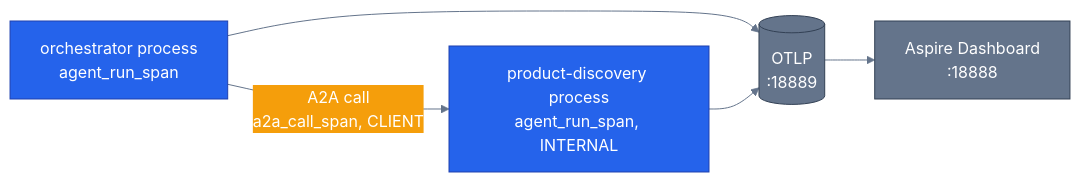
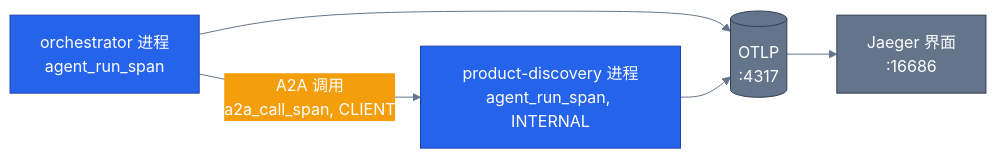
The diagram in docs/concepts/13-observability-and-cost.md (s1encisi/reliable-commerce-agents), drawn with Mermaid before and after one commit. The commit also changed other lines of this file and 1033 other files, not shown here.

````diff
--- a/docs/concepts/13-observability-and-cost.md
+++ b/docs/concepts/13-observability-and-cost.md
@@ -79,17 +66,17 @@
 ```mermaid
 %%{init: {'theme':'base', 'themeVariables': {
   'primaryColor': '#2563eb','primaryTextColor': '#ffffff','primaryBorderColor': '#1e40af',
   'lineColor': '#64748b','secondaryColor': '#f59e0b','tertiaryColor': '#10b981',
   'background': 'transparent'}}}%%
 flowchart LR
   classDef core  fill:#2563eb,stroke:#1e40af,color:#ffffff
   classDef infra fill:#64748b,stroke:#334155,color:#ffffff
 
-  orch["orchestrator process<br/>agent_run_span"] -->|A2A call<br/>a2a_call_span, CLIENT| spec["product-discovery process<br/>agent_run_span, INTERNAL"]
-  orch --> otlp[("OTLP<br/>:18889")]
+  orch["orchestrator 进程<br/>agent_run_span"] -->|A2A 调用<br/>a2a_call_span, CLIENT| spec["product-discovery 进程<br/>agent_run_span, INTERNAL"]
+  orch --> otlp[("OTLP<br/>:4317")]
   spec --> otlp
-  otlp --> aspire["Aspire Dashboard<br/>:18888"]
+  otlp --> jaeger["Jaeger 界面<br/>:16686"]
 
   class orch,spec core
-  class otlp,aspire infra
+  class otlp,jaeger infra
 ```
````
